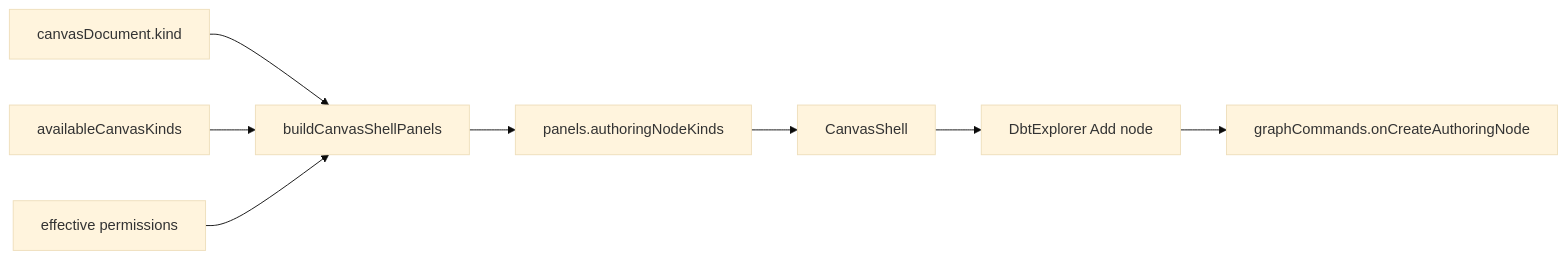
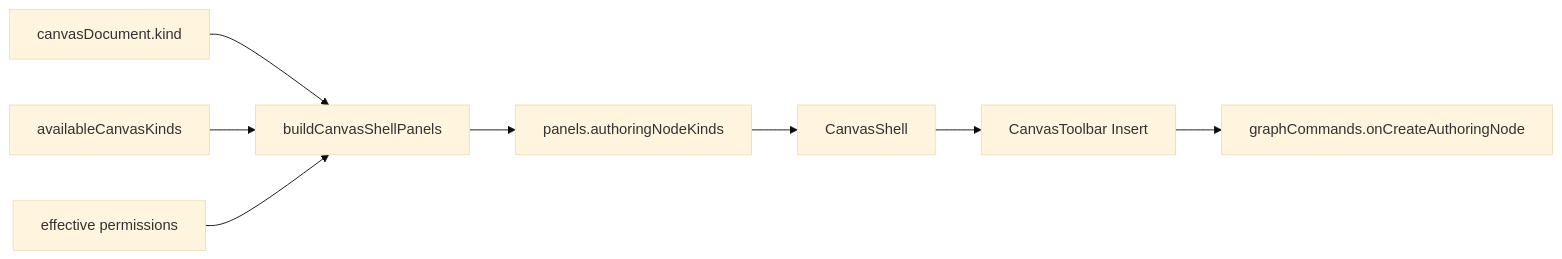
The second of 3 diagrams in docs/architecture/components/web/graph/canvas-shell-component.md (dunay2/dvt), drawn with Mermaid (base theme) before and after one commit. The commit also changed other lines of this file and 30 other files, not shown here.

Commit message:
feat(web): Add canvas workspace explorer

````diff
--- a/docs/architecture/components/web/graph/canvas-shell-component.md
+++ b/docs/architecture/components/web/graph/canvas-shell-component.md
@@ -168,10 +168,10 @@
 ```mermaid
 flowchart LR
   CanvasDoc["canvasDocument.kind"] --> PanelsBuilder["buildCanvasShellPanels"]
   Runtime["availableCanvasKinds"] --> PanelsBuilder
   Permissions["effective permissions"] --> PanelsBuilder
   PanelsBuilder --> NodeKinds["panels.authoringNodeKinds"]
   NodeKinds --> Shell["CanvasShell"]
-  Shell --> Explorer["DbtExplorer Add node"]
-  Explorer --> Command["graphCommands.onCreateAuthoringNode"]
+  Shell --> Insert["CanvasToolbar Insert"]
+  Insert --> Command["graphCommands.onCreateAuthoringNode"]
 ```
````
